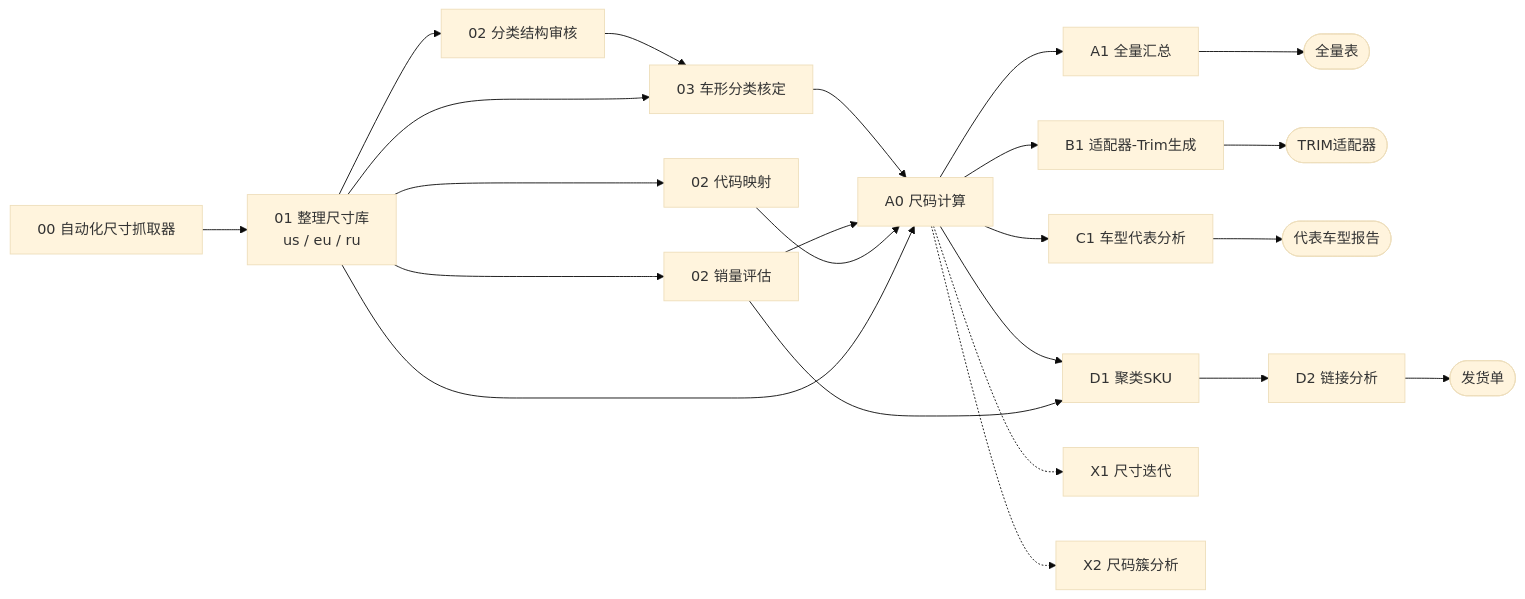
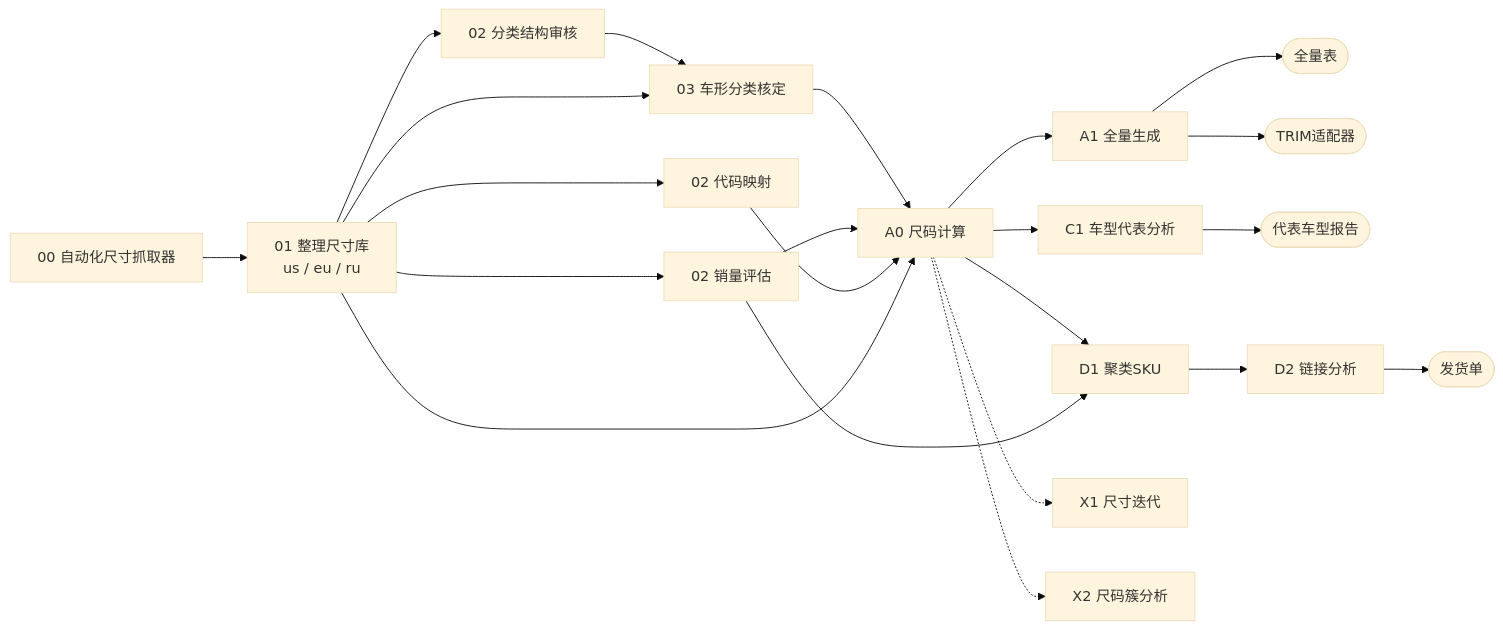
One commit to licwan62/all_cars_data changed the diagram in README.md. Above: the diagram before and after it, drawn with Mermaid (base theme). The commit also changed other lines of this file and 366 other files, not shown here.

First line of the commit message:
合并 A1.全量汇总 与 B1.适配器-Trim生成 为 A1.全量生成

````diff
--- a/README.md
+++ b/README.md
@@ -18,20 +17,20 @@
 ```mermaid
 flowchart LR
   n00["00 自动化尺寸抓取器"] --> n01["01 整理尺寸库<br/>us / eu / ru"]
   n01 --> n02a["02 分类结构审核"]
   n01 --> n02b["02 销量评估"]
   n01 --> n02c["02 代码映射"]
   n02a --> n03["03 车形分类核定"]
   n01 --> n03
   n03 --> A0["A0 尺码计算"]
   n02b --> A0
   n02c --> A0
   n01 --> A0
-  A0 --> A1["A1 全量汇总"] --> fa(["全量表"])
-  A0 --> B1["B1 适配器-Trim生成"] --> fb(["TRIM适配器"])
+  A0 --> A1["A1 全量生成"] --> fa(["全量表"])
+  A1 --> fb(["TRIM适配器"])
   A0 --> C1["C1 车型代表分析"] --> fc(["代表车型报告"])
   A0 --> D1["D1 聚类SKU"] --> D2["D2 链接分析"] --> fd(["发货单"])
   n02b --> D1
   A0 -.-> X1["X1 尺寸迭代"]
   A0 -.-> X2["X2 尺码簇分析"]
 ```
````
